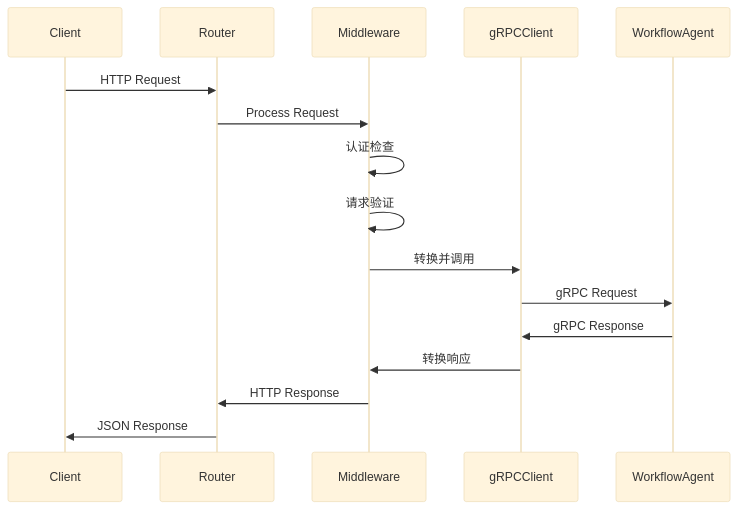
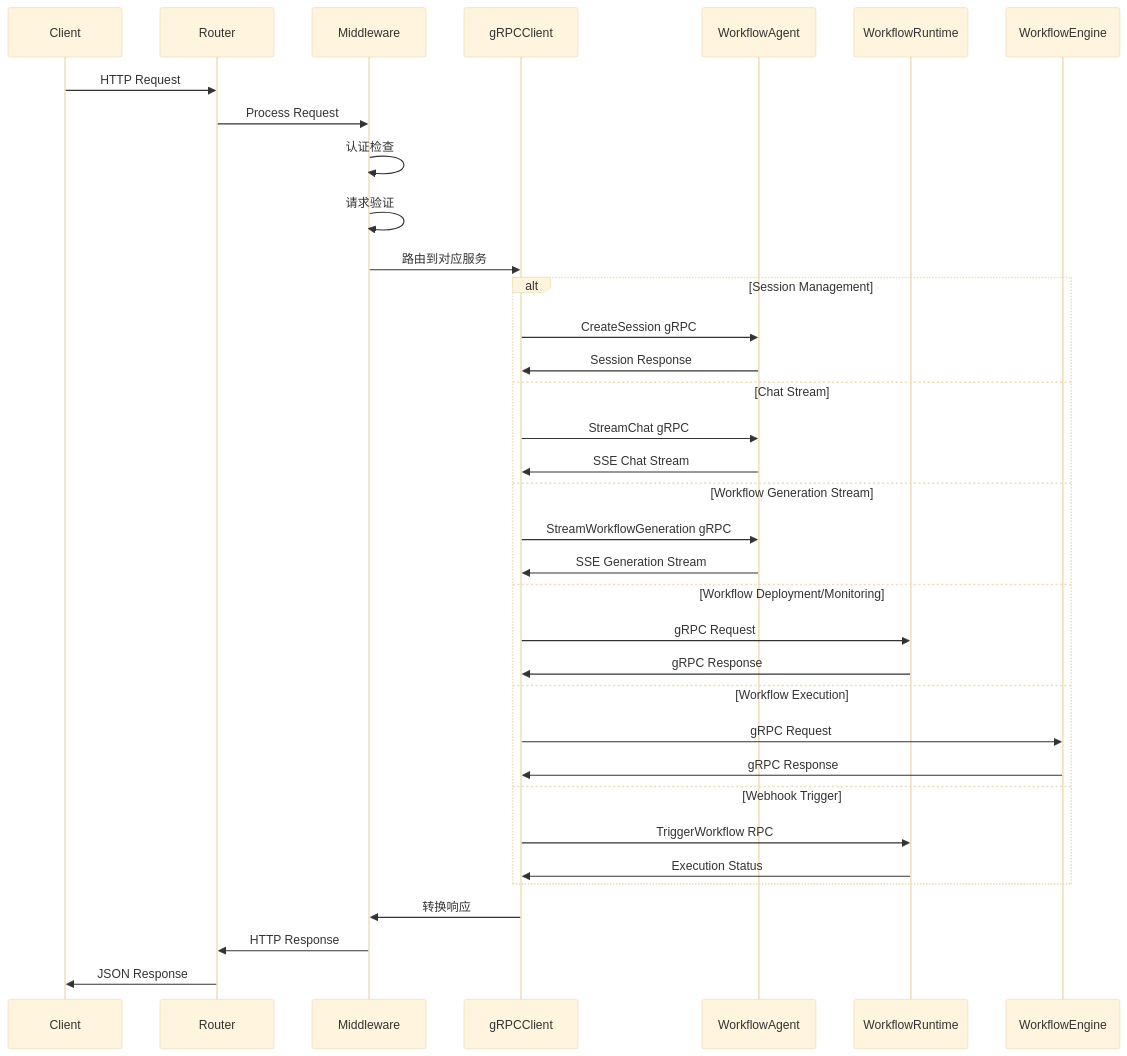
One commit to CurvatureX/agent_team_monorepo changed the second of 2 diagrams in docs/tech-design/api-gateway-architecture.md. Above: the diagram before and after it, drawn with Mermaid (base theme). The commit also changed other lines of this file and 6 other files, not shown here.

````diff
--- a/docs/tech-design/api-gateway-architecture.md
+++ b/docs/tech-design/api-gateway-architecture.md
@@ -172,19 +272,40 @@
 ```mermaid
 sequenceDiagram
     participant Client
     participant Router
     participant Middleware
     participant gRPCClient
     participant WorkflowAgent
+    participant WorkflowRuntime
+    participant WorkflowEngine
 
     Client->>Router: HTTP Request
     Router->>Middleware: Process Request
     Middleware->>Middleware: 认证检查
     Middleware->>Middleware: 请求验证
-    Middleware->>gRPCClient: 转换并调用
-    gRPCClient->>WorkflowAgent: gRPC Request
-    WorkflowAgent->>gRPCClient: gRPC Response
+    Middleware->>gRPCClient: 路由到对应服务
+
+    alt Session Management
+        gRPCClient->>WorkflowAgent: CreateSession gRPC
+        WorkflowAgent->>gRPCClient: Session Response
+    else Chat Stream
+        gRPCClient->>WorkflowAgent: StreamChat gRPC
+        WorkflowAgent->>gRPCClient: SSE Chat Stream
+    else Workflow Generation Stream
+        gRPCClient->>WorkflowAgent: StreamWorkflowGeneration gRPC
+        WorkflowAgent->>gRPCClient: SSE Generation Stream
+    else Workflow Deployment/Monitoring
+        gRPCClient->>WorkflowRuntime: gRPC Request
+        WorkflowRuntime->>gRPCClient: gRPC Response
+    else Workflow Execution
+        gRPCClient->>WorkflowEngine: gRPC Request
+        WorkflowEngine->>gRPCClient: gRPC Response
+    else Webhook Trigger
+        gRPCClient->>WorkflowRuntime: TriggerWorkflow RPC
+        WorkflowRuntime->>gRPCClient: Execution Status
+    end
+
     gRPCClient->>Middleware: 转换响应
     Middleware->>Router: HTTP Response
     Router->>Client: JSON Response
 ```
````
